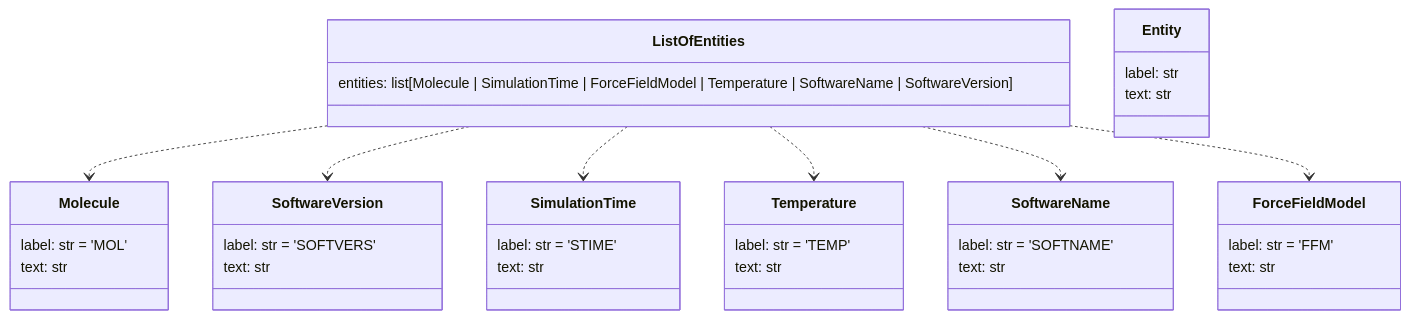
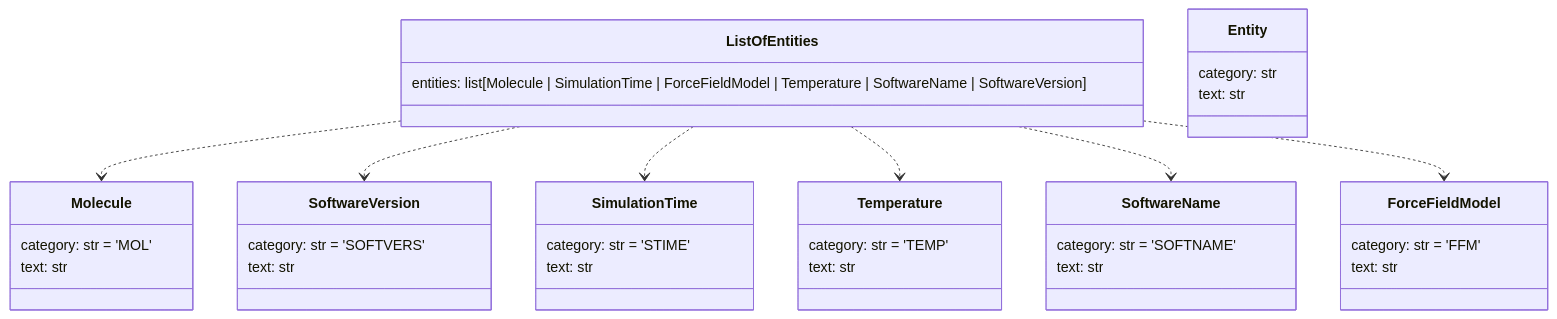
One commit to MDverse/mdner_llm changed the diagram in README.md. Above: the diagram before and after it, drawn with Mermaid. The commit also changed other lines of this file, not shown here.

````diff
--- a/README.md
+++ b/README.md
@@ -18,48 +18,48 @@
 ```mermaid
 classDiagram
     class ListOfEntities {
         entities: list[Molecule | SimulationTime | ForceFieldModel | Temperature | SoftwareName | SoftwareVersion]
     }
 
     class SoftwareVersion {
-        label: str = 'SOFTVERS'
+        category: str = 'SOFTVERS'
         text: str
     }
 
     class Temperature {
-        label: str = 'TEMP'
+        category: str = 'TEMP'
         text: str
     }
 
     class SimulationTime {
-        label: str = 'STIME'
+        category: str = 'STIME'
         text: str
     }
 
     class Molecule {
-        label: str = 'MOL'
+        category: str = 'MOL'
         text: str
     }
 
     class SoftwareName {
-        label: str = 'SOFTNAME'
+        category: str = 'SOFTNAME'
         text: str
     }
 
     class ForceFieldModel {
-        label: str = 'FFM'
+        category: str = 'FFM'
         text: str
     }
 
     class Entity {
-        label: str
+        category: str
         text: str
     }
 
     ListOfEntities ..> Molecule
     ListOfEntities ..> SoftwareVersion
     ListOfEntities ..> SimulationTime
     ListOfEntities ..> Temperature
     ListOfEntities ..> SoftwareName
     ListOfEntities ..> ForceFieldModel
 ```
````
